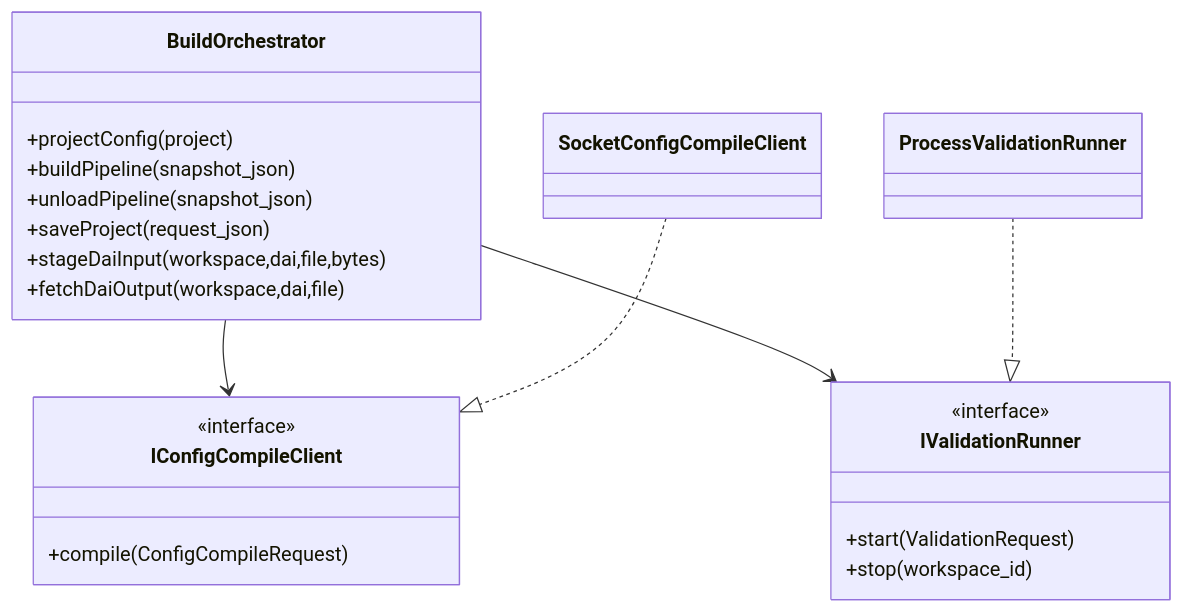
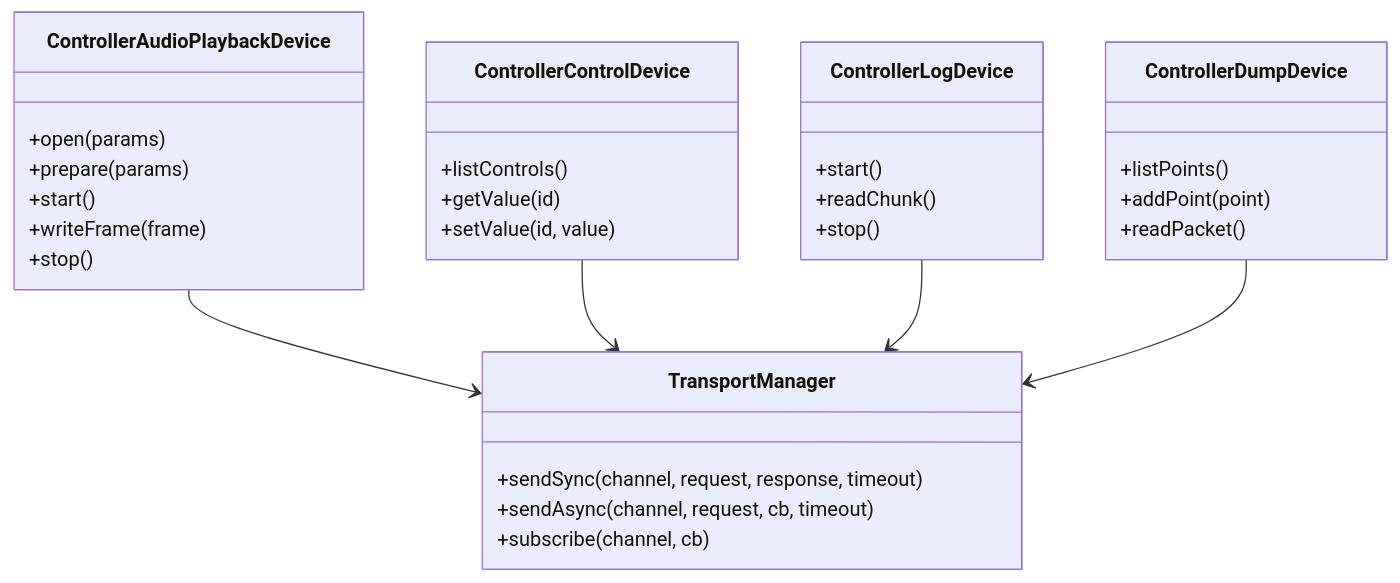
One commit to handsomeleeshu/Audio-Studio changed the ninth of 15 diagrams in docs/audio_studio_framework_design.md. Above: the diagram before and after it, drawn with Mermaid. The commit also changed other lines of this file and 13 other files, not shown here.

````diff
--- a/docs/audio_studio_framework_design.md
+++ b/docs/audio_studio_framework_design.md
@@ -259,26 +2461,39 @@
 ```mermaid
 classDiagram
-    class BuildOrchestrator {
-      +projectConfig(project)
-      +buildPipeline(snapshot_json)
-      +unloadPipeline(snapshot_json)
-      +saveProject(request_json)
-      +stageDaiInput(workspace,dai,file,bytes)
-      +fetchDaiOutput(workspace,dai,file)
-    }
-    class IConfigCompileClient {
-      <<interface>>
-      +compile(ConfigCompileRequest)
-    }
-    class SocketConfigCompileClient
-    class IValidationRunner {
-      <<interface>>
-      +start(ValidationRequest)
-      +stop(workspace_id)
-    }
-    class ProcessValidationRunner
-    BuildOrchestrator --> IConfigCompileClient
-    BuildOrchestrator --> IValidationRunner
-    SocketConfigCompileClient ..|> IConfigCompileClient
-    ProcessValidationRunner ..|> IValidationRunner
+  class ControllerAudioPlaybackDevice {
+    +open(params)
+    +prepare(params)
+    +start()
+    +writeFrame(frame)
+    +stop()
+  }
+
+  class ControllerControlDevice {
+    +listControls()
+    +getValue(id)
+    +setValue(id, value)
+  }
+
+  class ControllerLogDevice {
+    +start()
+    +readChunk()
+    +stop()
+  }
+
+  class ControllerDumpDevice {
+    +listPoints()
+    +addPoint(point)
+    +readPacket()
+  }
+
+  class TransportManager {
+    +sendSync(channel, request, response, timeout)
+    +sendAsync(channel, request, cb, timeout)
+    +subscribe(channel, cb)
+  }
+
+  ControllerAudioPlaybackDevice --> TransportManager
+  ControllerControlDevice --> TransportManager
+  ControllerLogDevice --> TransportManager
+  ControllerDumpDevice --> TransportManager
 ```
````
